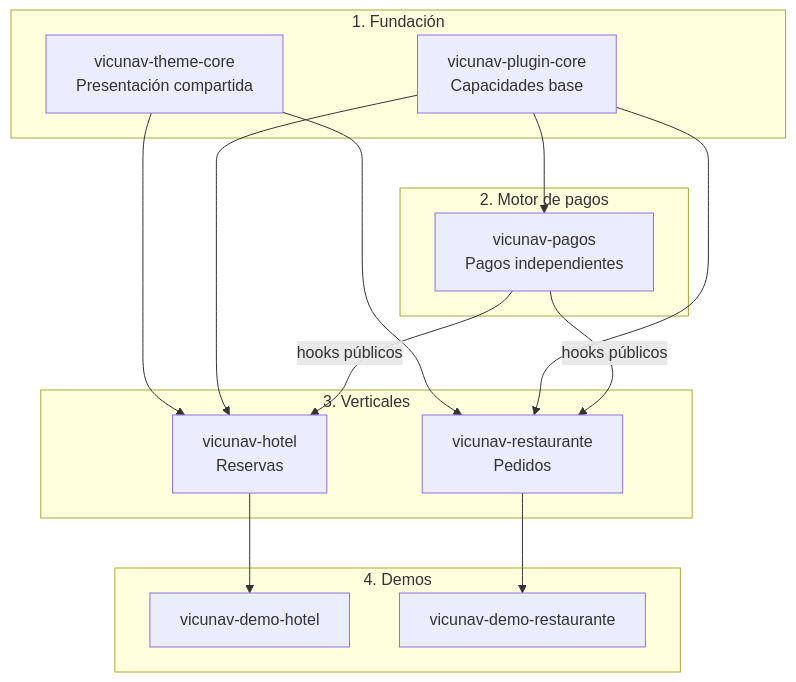
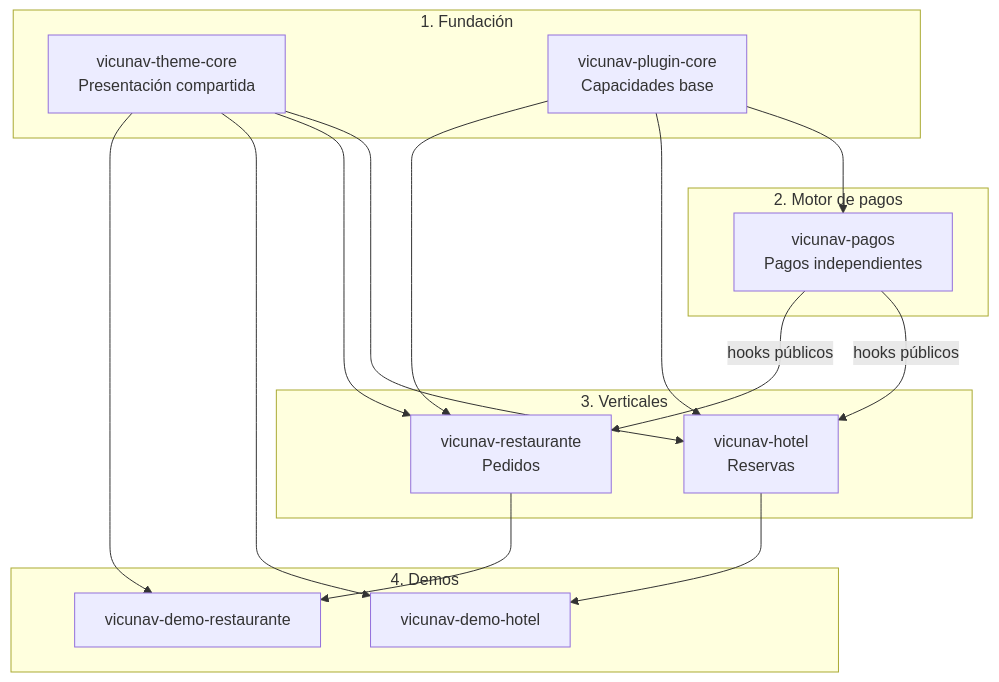
The diagram in README.md (vicunav/vicunav-hub), drawn with Mermaid before and after one commit.

Commit message:
docs(readme): mostrar dependencias de demos

````diff
--- a/README.md
+++ b/README.md
@@ -13,31 +13,33 @@
 ```mermaid
 flowchart TB
     subgraph foundation["1. Fundación"]
         theme["vicunav-theme-core<br/>Presentación compartida"]
         plugin["vicunav-plugin-core<br/>Capacidades base"]
     end
 
     subgraph payments["2. Motor de pagos"]
         payment["vicunav-pagos<br/>Pagos independientes"]
     end
 
     subgraph verticals["3. Verticales"]
         hotel["vicunav-hotel<br/>Reservas"]
         restaurant["vicunav-restaurante<br/>Pedidos"]
     end
 
     subgraph demos["4. Demos"]
         demo_hotel["vicunav-demo-hotel"]
         demo_restaurant["vicunav-demo-restaurante"]
     end
 
     plugin --> payment
     theme --> hotel
     theme --> restaurant
     plugin --> hotel
     plugin --> restaurant
     payment -->|hooks públicos| hotel
     payment -->|hooks públicos| restaurant
+    theme --> demo_hotel
+    theme --> demo_restaurant
     hotel --> demo_hotel
     restaurant --> demo_restaurant
 ```
````
